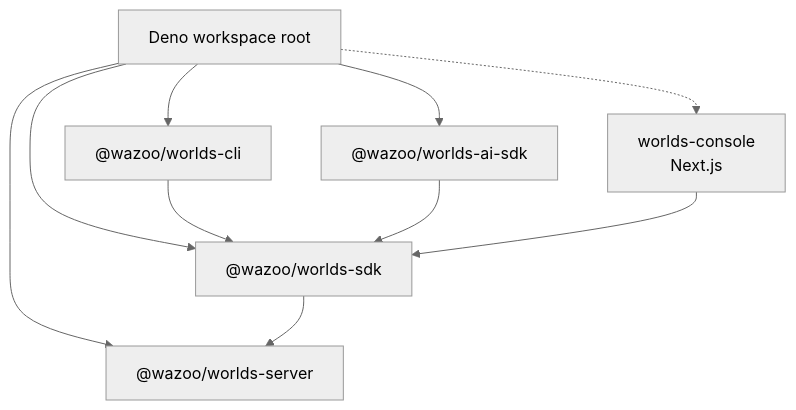
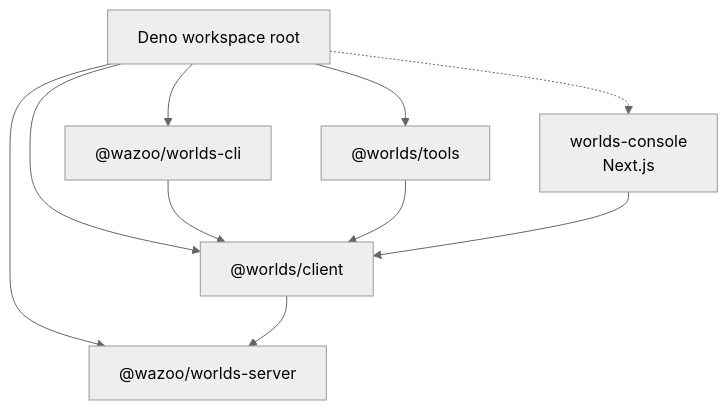
One commit to wazootech/docs.wazoo.dev changed the fifth of 5 diagrams in contribute/architecture.mdx. Above: the diagram before and after it, drawn with Mermaid (neutral theme). The commit also changed other lines of this file and 9 other files, not shown here.

````diff
--- a/contribute/architecture.mdx
+++ b/contribute/architecture.mdx
@@ -280,20 +280,20 @@
 ```mermaid
 graph TD
     ROOT["Deno workspace root"]
     SERVER["@wazoo/worlds-server"]
-    API["@wazoo/worlds-sdk"]
-    AI_API["@wazoo/worlds-ai-sdk"]
+    API["@worlds/client"]
+    AI_API["@worlds/tools"]
     CLI["@wazoo/worlds-cli"]
     CONSOLE["worlds-console<br/>Next.js"]
 
     ROOT --> SERVER
     ROOT --> API
     ROOT --> AI_API
     ROOT --> CLI
     ROOT -.-> CONSOLE
 
     CLI --> API
     AI_API --> API
     CONSOLE --> API
     API --> SERVER
 ```
````
